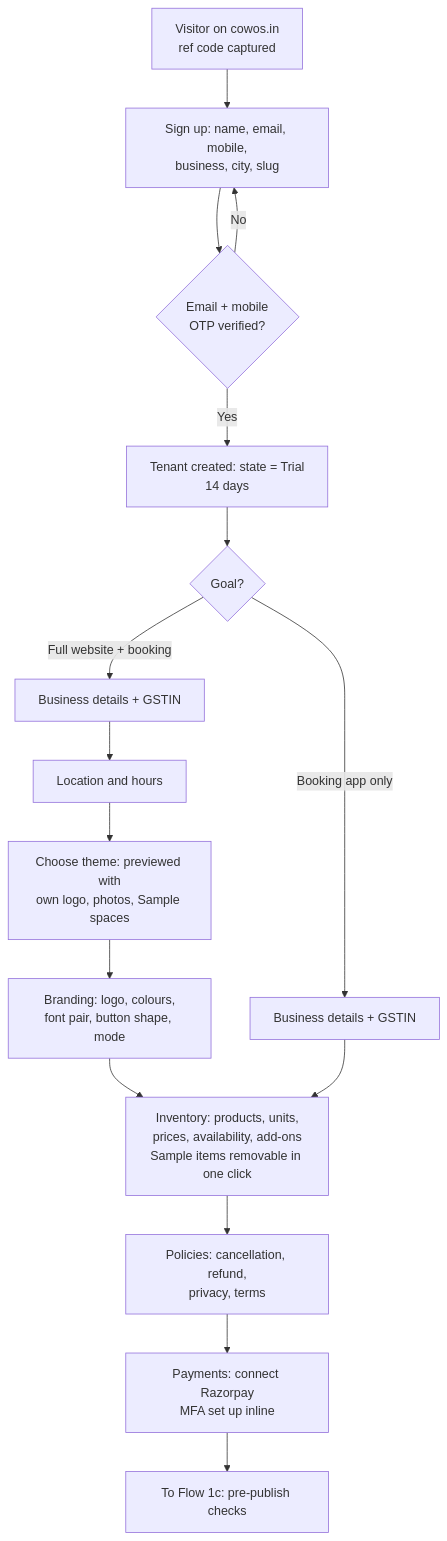
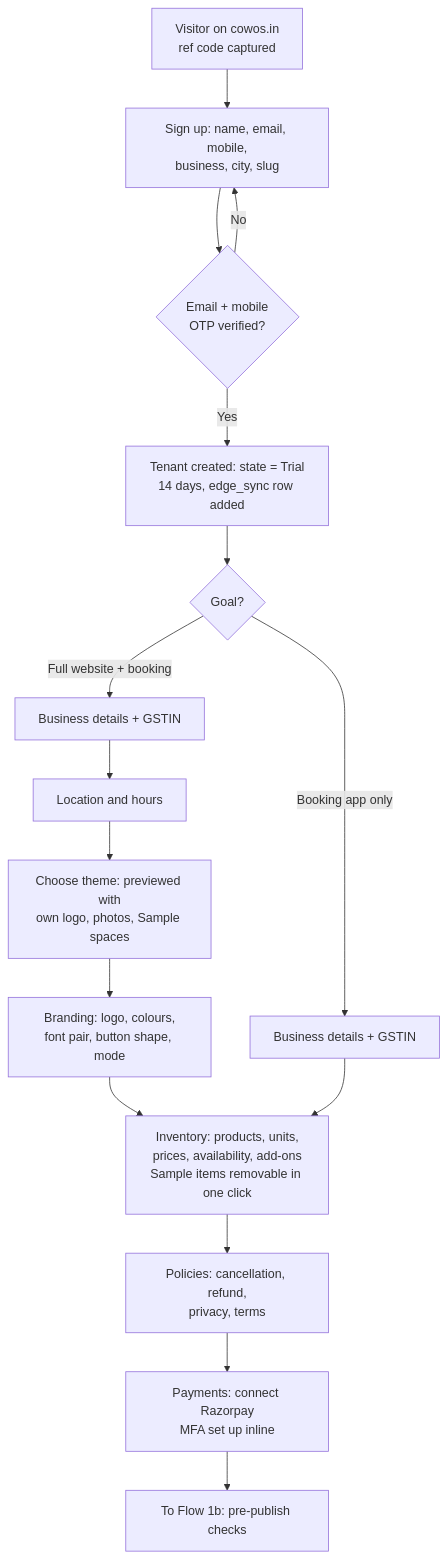
The first of 10 diagrams in docs/requirements/06-user-flows.md (mathsyagiri-scrimpify/Cowos), drawn with Mermaid before and after one commit. The commit also changed other lines of this file and 18 other files, not shown here.

````diff
--- a/docs/requirements/06-user-flows.md
+++ b/docs/requirements/06-user-flows.md
@@ -38,18 +11,18 @@
 ```mermaid
 flowchart TD
     A[Visitor on cowos.in<br/>ref code captured] --> B[Sign up: name, email, mobile,<br/>business, city, slug]
     B --> C{Email + mobile<br/>OTP verified?}
     C -- No --> B
-    C -- Yes --> D[Tenant created: state = Trial<br/>14 days]
+    C -- Yes --> D[Tenant created: state = Trial<br/>14 days, edge_sync row added]
     D --> E{Goal?}
     E -- Full website + booking --> F[Business details + GSTIN]
     E -- Booking app only --> F2[Business details + GSTIN]
     F --> G[Location and hours]
     G --> I[Choose theme: previewed with<br/>own logo, photos, Sample spaces]
     I --> H[Branding: logo, colours,<br/>font pair, button shape, mode]
     H --> K
     F2 --> K[Inventory: products, units,<br/>prices, availability, add-ons<br/>Sample items removable in one click]
     K --> L[Policies: cancellation, refund,<br/>privacy, terms]
     L --> N[Payments: connect Razorpay<br/>MFA set up inline]
-    N --> P[To Flow 1c: pre-publish checks]
+    N --> P[To Flow 1b: pre-publish checks]
 ```
````
